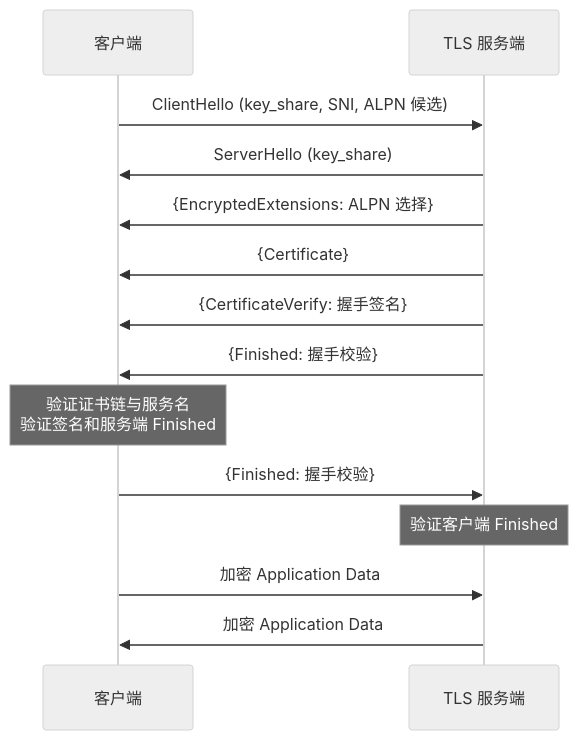
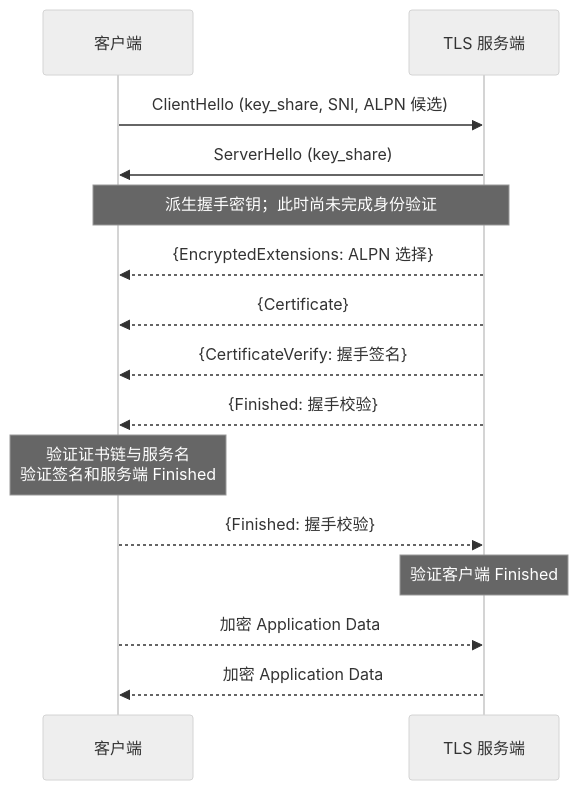
One commit to fordelkon/delkon.us.kg changed the first of 3 diagrams in content/posts/networking/http-evolution-tls-handshake-https.md. Above: the diagram before and after it, drawn with Mermaid (neutral theme). The commit also changed other lines of this file and 8 other files, not shown here.

````diff
--- a/content/posts/networking/http-evolution-tls-handshake-https.md
+++ b/content/posts/networking/http-evolution-tls-handshake-https.md
@@ -65,16 +77,17 @@
-```mermaid title="TLS 1.3 完整握手与应用数据" description="示意仅认证服务端的 ECDHE 证书握手，未启用 ECH、0-RTT，也没有 HelloRetryRequest。花括号中的消息由握手密钥保护；双方分别验证对方的 Finished，应用数据使用应用流量密钥。箭头表示逻辑消息顺序，不对应固定数量的 TCP 报文段，也不按耗时比例绘制。"
+```mermaid title="TLS 1.3 完整握手与应用数据" description="示意仅认证服务端的 ECDHE 证书握手，未启用 ECH、0-RTT，也没有 HelloRetryRequest。实线表示明文握手消息，虚线表示密钥保护的消息；花括号中的消息由握手密钥保护，应用数据使用应用流量密钥。箭头是逻辑消息顺序，不对应固定数量的 TCP 报文段或真实耗时。"
 sequenceDiagram
  participant Client as 客户端
  participant Server as TLS 服务端
  Client->>Server: ClientHello (key_share, SNI, ALPN 候选)
  Server->>Client: ServerHello (key_share)
- Server->>Client: {EncryptedExtensions: ALPN 选择}
- Server->>Client: {Certificate}
- Server->>Client: {CertificateVerify: 握手签名}
- Server->>Client: {Finished: 握手校验}
+ Note over Client,Server: 派生握手密钥；此时尚未完成身份验证
+ Server-->>Client: {EncryptedExtensions: ALPN 选择}
+ Server-->>Client: {Certificate}
+ Server-->>Client: {CertificateVerify: 握手签名}
+ Server-->>Client: {Finished: 握手校验}
  Note over Client: 验证证书链与服务名<br/>验证签名和服务端 Finished
- Client->>Server: {Finished: 握手校验}
+ Client-->>Server: {Finished: 握手校验}
  Note over Server: 验证客户端 Finished
- Client->>Server: 加密 Application Data
- Server->>Client: 加密 Application Data
+ Client-->>Server: 加密 Application Data
+ Server-->>Client: 加密 Application Data
 ```
````
